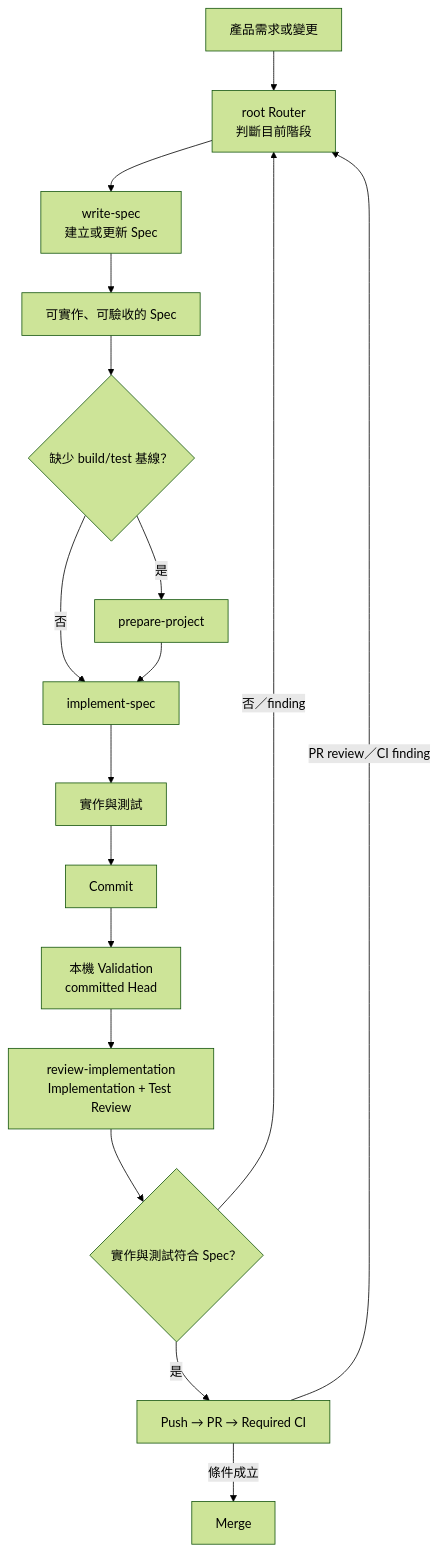
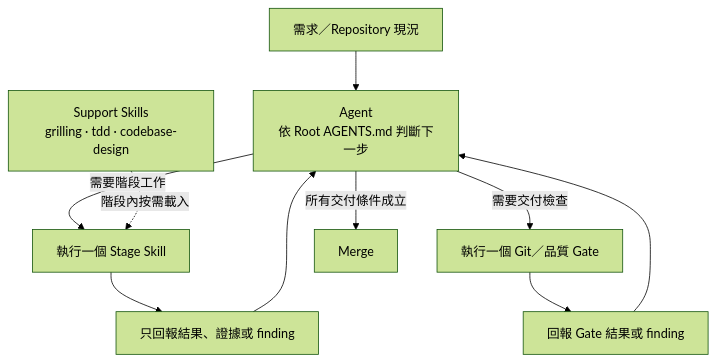
Before and after one commit to kof1016/trying-to-control-ai: the first of 3 diagrams in README.md, drawn with Mermaid (forest theme). The commit also changed other lines of this file, not shown here.

Commit message:
docs: refresh repository README

````diff
--- a/README.md
+++ b/README.md
@@ -19,19 +18,12 @@
 ```mermaid
 flowchart TD
-    A["產品需求或變更"] --> R["root Router<br/>判斷目前階段"]
-    R --> B["write-spec<br/>建立或更新 Spec"]
-    B --> C["可實作、可驗收的 Spec"]
-    C --> D{"缺少 build/test 基線？"}
-    D -->|"是"| E["prepare-project"]
-    D -->|"否"| F["implement-spec"]
-    E --> F
-    F --> G["實作與測試"]
-    G --> H["Commit"]
-    H --> I["本機 Validation<br/>committed Head"]
-    I --> J["review-implementation<br/>Implementation + Test Review"]
-    J --> K{"實作與測試符合 Spec？"}
-    K -->|"是"| L["Push → PR → Required CI"]
-    L -->|"條件成立"| M["Merge"]
-    L -->|"PR review／CI finding"| R
-    K -->|"否／finding"| R
+    I["需求／Repository 現況"] --> R["Agent<br/>依 Root AGENTS.md 判斷下一步"]
+    R -->|"需要階段工作"| S["執行一個 Stage Skill"]
+    S --> O["只回報結果、證據或 finding"]
+    O --> R
+    R -->|"需要交付檢查"| G["執行一個 Git／品質 Gate"]
+    G --> Q["回報 Gate 結果或 finding"]
+    Q --> R
+    R -->|"所有交付條件成立"| M["Merge"]
+    H["Support Skills<br/>grilling · tdd · codebase-design"] -. "階段內按需載入" .-> S
 ```
````
